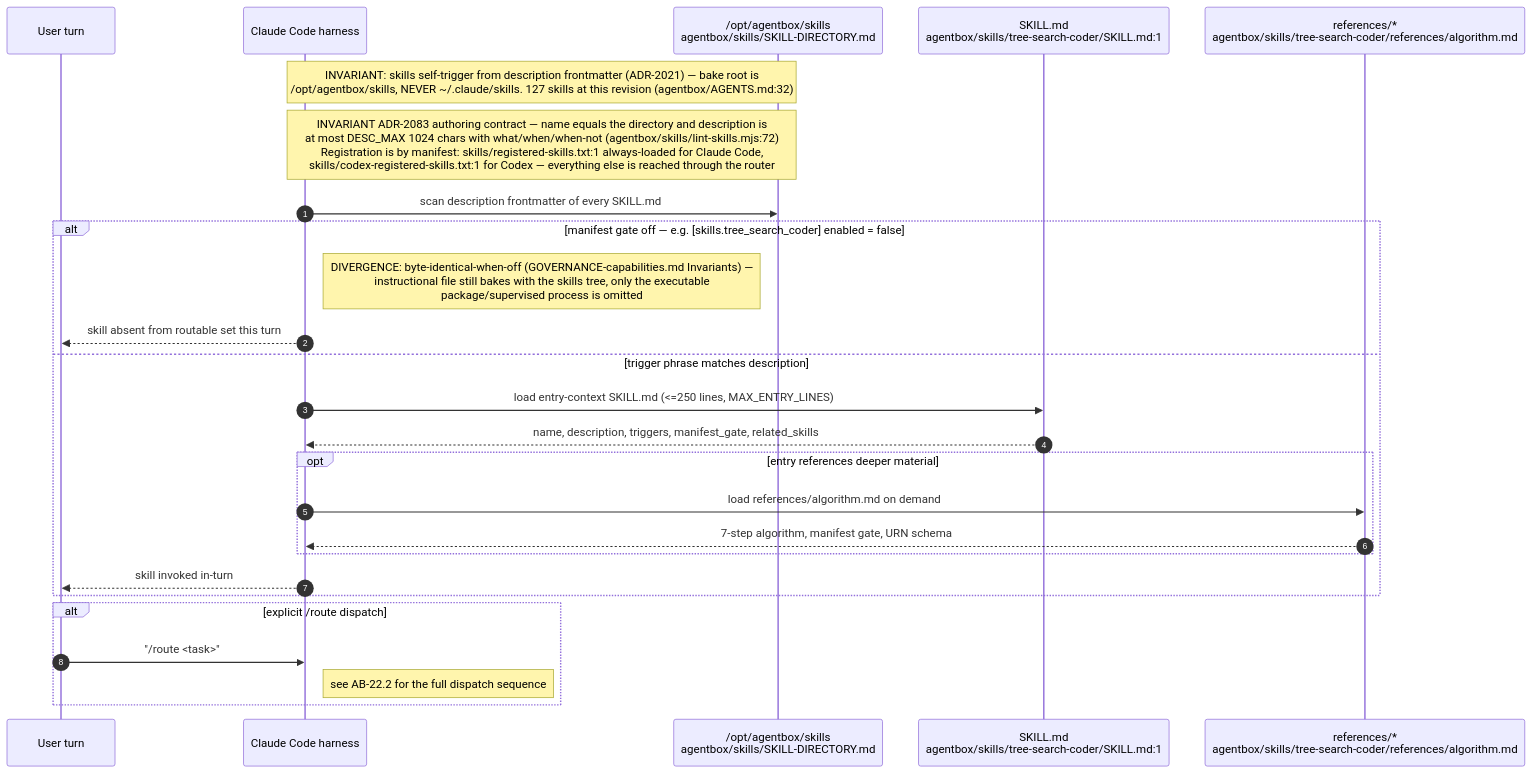
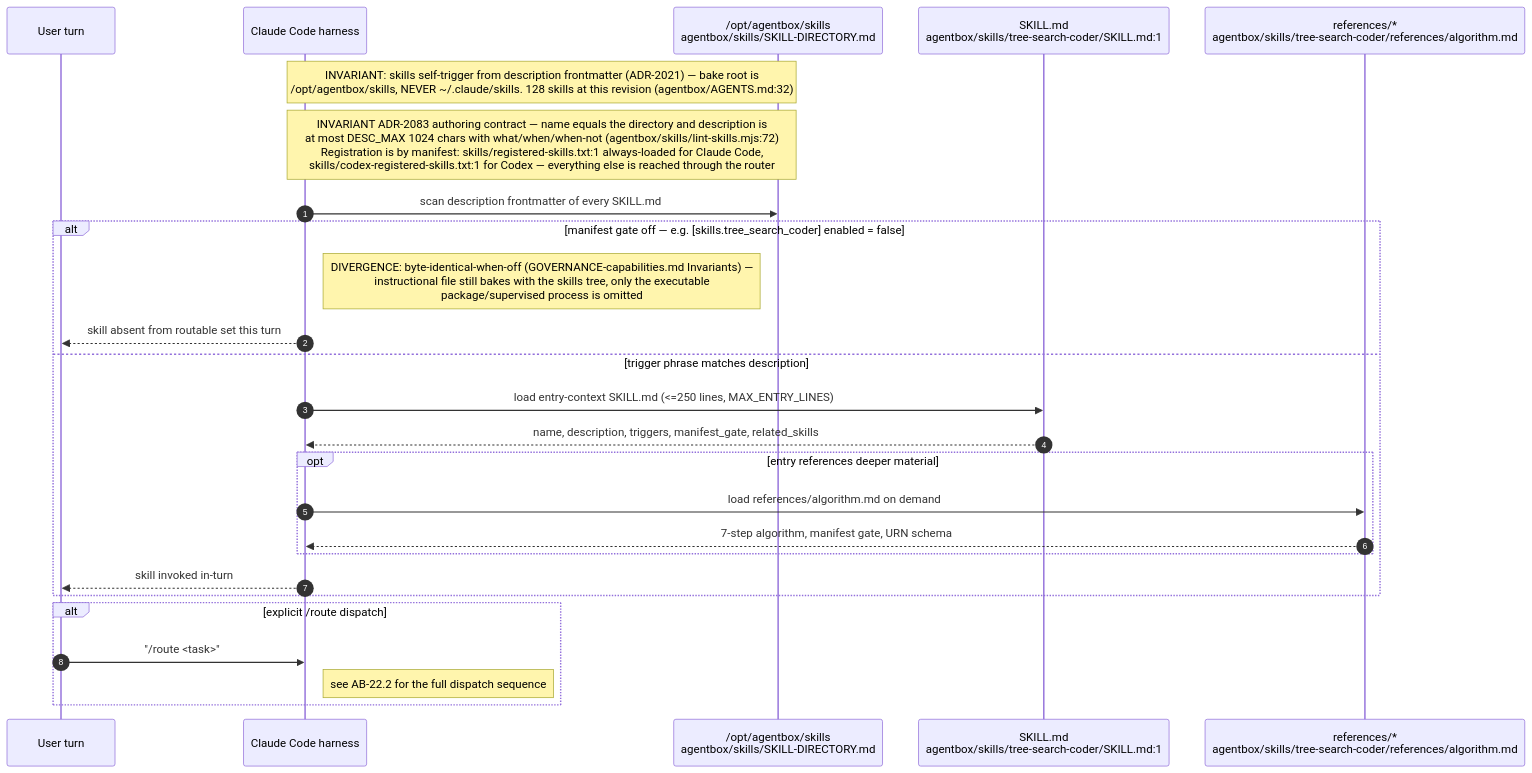
One commit to DreamLab-AI/VisionFlow changed the first of 12 diagrams in docs/diagrams/agentbox/22-skills-and-routing.md. Above: the diagram before and after it, drawn with Mermaid. The commit also changed other lines of this file and 111 other files, not shown here.

Commit message:
docs(diagrams): align estate maps with current source

````diff
--- a/docs/diagrams/agentbox/22-skills-and-routing.md
+++ b/docs/diagrams/agentbox/22-skills-and-routing.md
@@ -66,29 +66,29 @@
 ```mermaid
 sequenceDiagram
     autonumber
     participant U as User turn
     participant H as Claude Code harness
     participant FS as /opt/agentbox/skills<br/>agentbox/skills/SKILL-DIRECTORY.md
     participant SK as SKILL.md<br/>agentbox/skills/tree-search-coder/SKILL.md:1
     participant REF as references/*<br/>agentbox/skills/tree-search-coder/references/algorithm.md
 
-    Note over H,FS: INVARIANT: skills self-trigger from description frontmatter (ADR-2021) — bake root is<br/>/opt/agentbox/skills, NEVER ~/.claude/skills. 127 skills at this revision (agentbox/AGENTS.md:32)
+    Note over H,FS: INVARIANT: skills self-trigger from description frontmatter (ADR-2021) — bake root is<br/>/opt/agentbox/skills, NEVER ~/.claude/skills. 128 skills at this revision (agentbox/AGENTS.md:32)
     Note over H,FS: INVARIANT ADR-2083 authoring contract — name equals the directory and description is<br/>at most DESC_MAX 1024 chars with what/when/when-not (agentbox/skills/lint-skills.mjs:72)<br/>Registration is by manifest: skills/registered-skills.txt:1 always-loaded for Claude Code,<br/>skills/codex-registered-skills.txt:1 for Codex — everything else is reached through the router
     H->>FS: scan description frontmatter of every SKILL.md
     alt manifest gate off — e.g. [skills.tree_search_coder] enabled = false
         Note right of H: DIVERGENCE: byte-identical-when-off (GOVERNANCE-capabilities.md Invariants) —<br/>instructional file still bakes with the skills tree, only the executable<br/>package/supervised process is omitted
         H-->>U: skill absent from routable set this turn
     else trigger phrase matches description
         H->>SK: load entry-context SKILL.md (<=250 lines, MAX_ENTRY_LINES)
         SK-->>H: name, description, triggers, manifest_gate, related_skills
         opt entry references deeper material
             H->>REF: load references/algorithm.md on demand
             REF-->>H: 7-step algorithm, manifest gate, URN schema
         end
         H-->>U: skill invoked in-turn
     end
     alt explicit /route dispatch
         U->>H: "/route <task>"
         Note right of H: see AB-22.2 for the full dispatch sequence
     end
 ```
````
